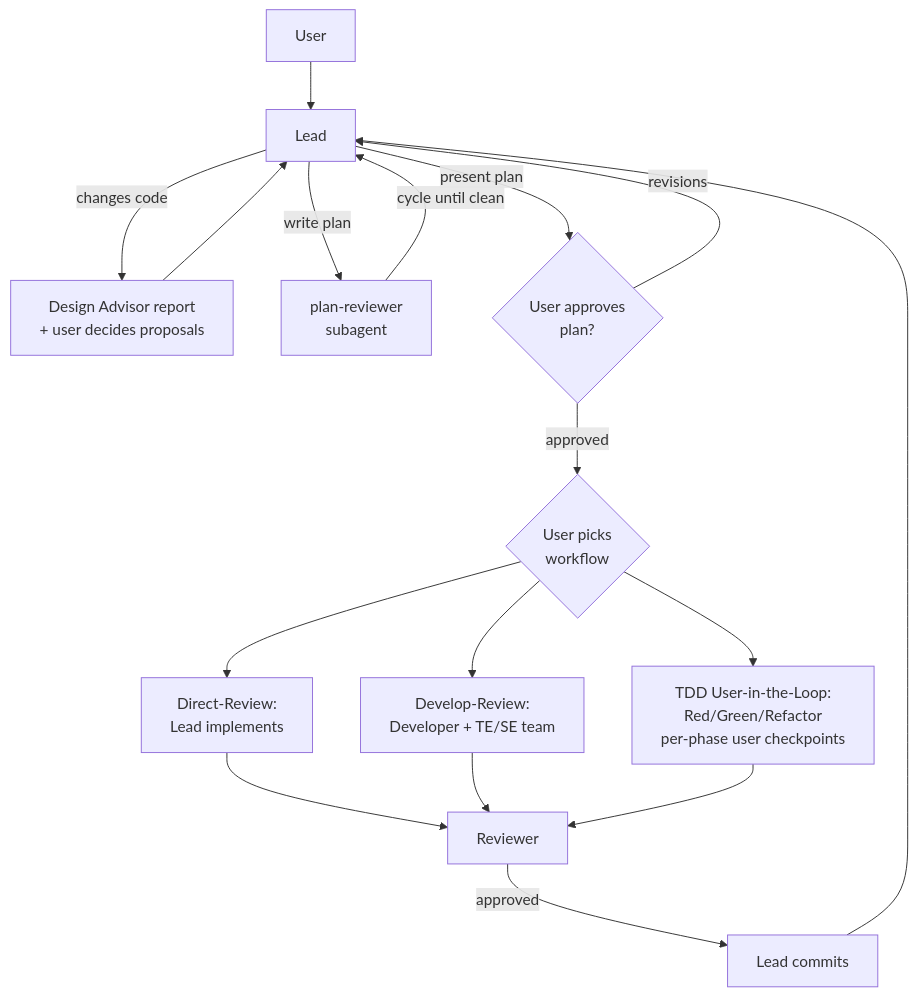
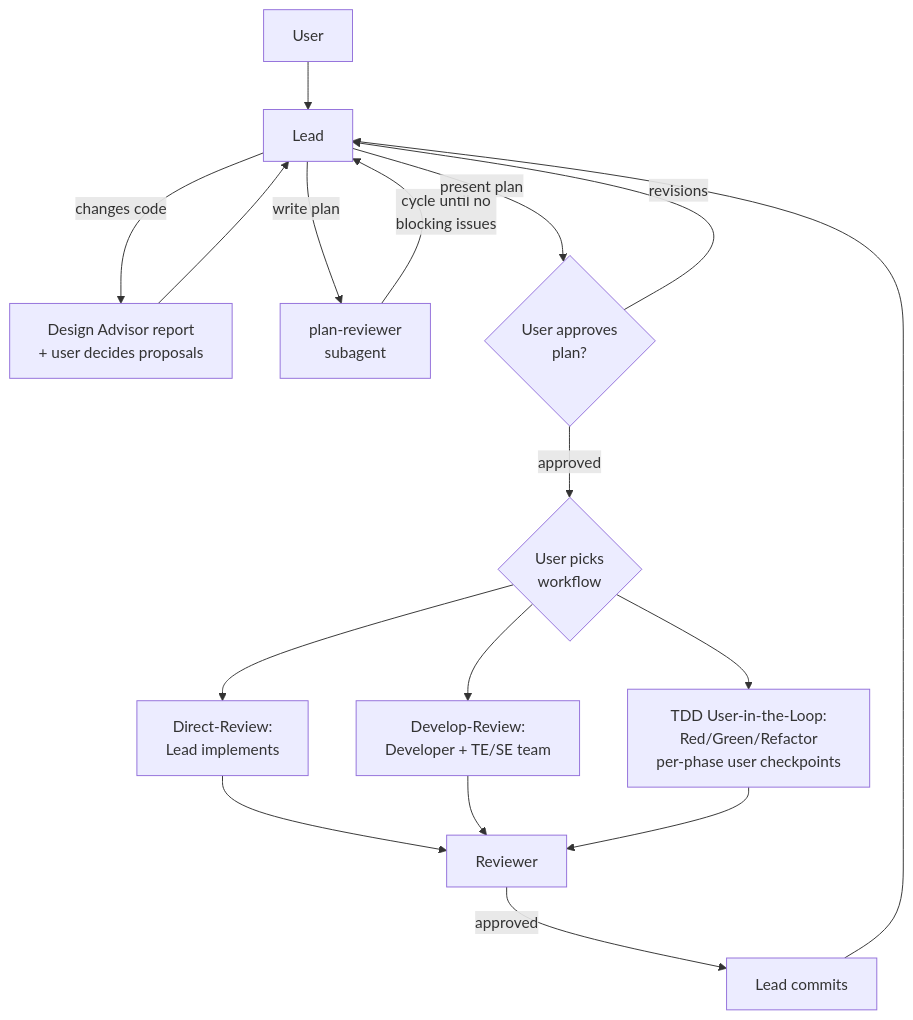
One commit to ylink-lfs/claude_orchestration changed the second of 3 diagrams in README.md. Above: the diagram before and after it, drawn with Mermaid. The commit also changed other lines of this file and 2 other files, not shown here.

````diff
--- a/README.md
+++ b/README.md
@@ -222,19 +223,19 @@
 ```mermaid
 graph TD
     User --> Lead
     Lead -->|changes code| DA[Design Advisor report<br/>+ user decides proposals]
     DA --> Lead
     Lead -->|write plan| PR[plan-reviewer<br/>subagent]
-    PR -->|cycle until clean| Lead
+    PR -->|cycle until no<br/>blocking issues| Lead
     Lead -->|present plan| UPlan{User approves<br/>plan?}
     UPlan -->|revisions| Lead
     UPlan -->|approved| WS{User picks<br/>workflow}
     WS --> DR[Direct-Review:<br/>Lead implements]
     WS --> DReview[Develop-Review:<br/>Developer + TE/SE team]
     WS --> TDD[TDD User-in-the-Loop:<br/>Red/Green/Refactor<br/>per-phase user checkpoints]
     DR --> Rev[Reviewer]
     DReview --> Rev
     TDD --> Rev
     Rev -->|approved| Commit[Lead commits]
     Commit --> Lead
 ```
````
